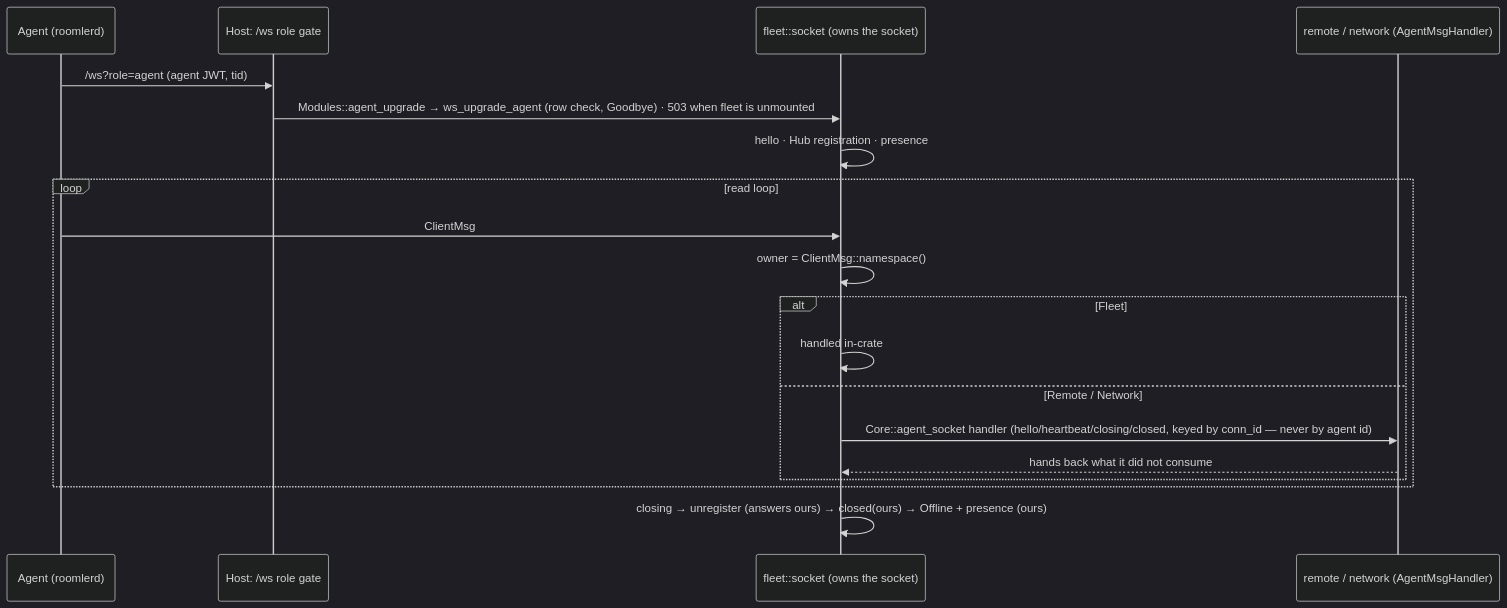
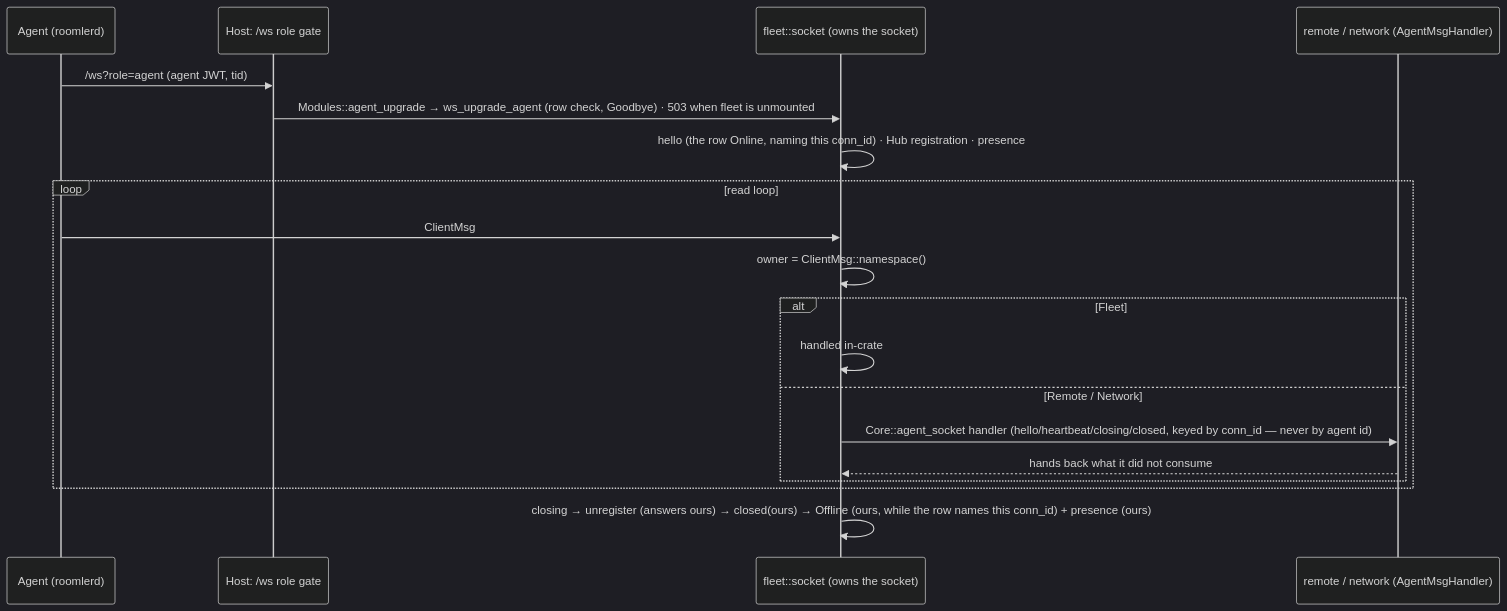
One commit to gjovanov/roomler-ai changed the sixth of 8 diagrams in docs/modular-monolith.md. Above: the diagram before and after it, drawn with Mermaid (dark theme). The commit also changed other lines of this file and 3 other files, not shown here.

````diff
--- a/docs/modular-monolith.md
+++ b/docs/modular-monolith.md
@@ -281,21 +281,21 @@
 ```mermaid
 sequenceDiagram
     participant A as Agent (roomlerd)
     participant H as Host: /ws role gate
     participant F as fleet::socket (owns the socket)
     participant M as remote / network (AgentMsgHandler)
     A->>H: /ws?role=agent (agent JWT, tid)
     H->>F: Modules::agent_upgrade → ws_upgrade_agent (row check, Goodbye) · 503 when fleet is unmounted
-    F->>F: hello · Hub registration · presence
+    F->>F: hello (the row Online, naming this conn_id) · Hub registration · presence
     loop read loop
         A->>F: ClientMsg
         F->>F: owner = ClientMsg::namespace()
         alt Fleet
             F->>F: handled in-crate
         else Remote / Network
             F->>M: Core::agent_socket handler (hello/heartbeat/closing/closed, keyed by conn_id — never by agent id)
             M-->>F: hands back what it did not consume
         end
     end
-    F->>F: closing → unregister (answers ours) → closed(ours) → Offline + presence (ours)
+    F->>F: closing → unregister (answers ours) → closed(ours) → Offline (ours, while the row names this conn_id) + presence (ours)
 ```
````
